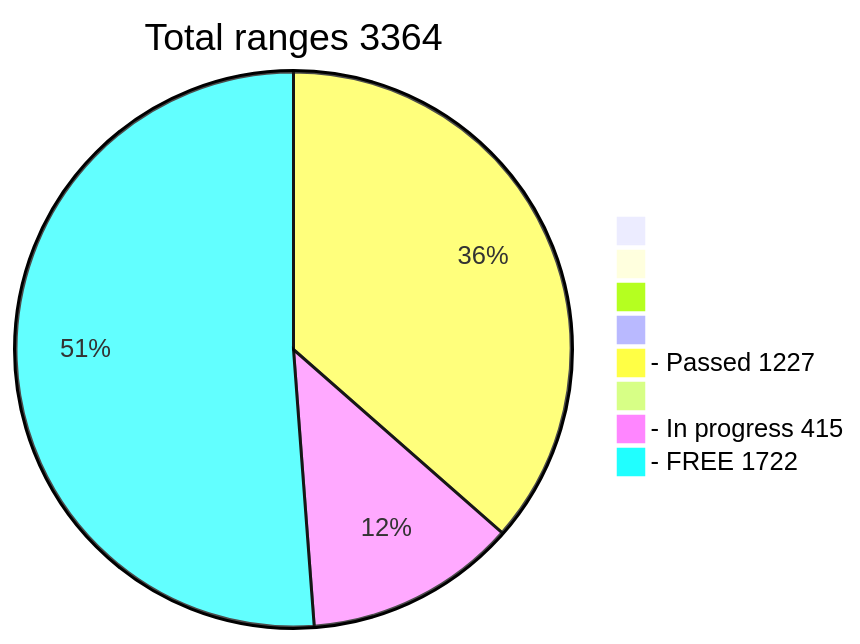
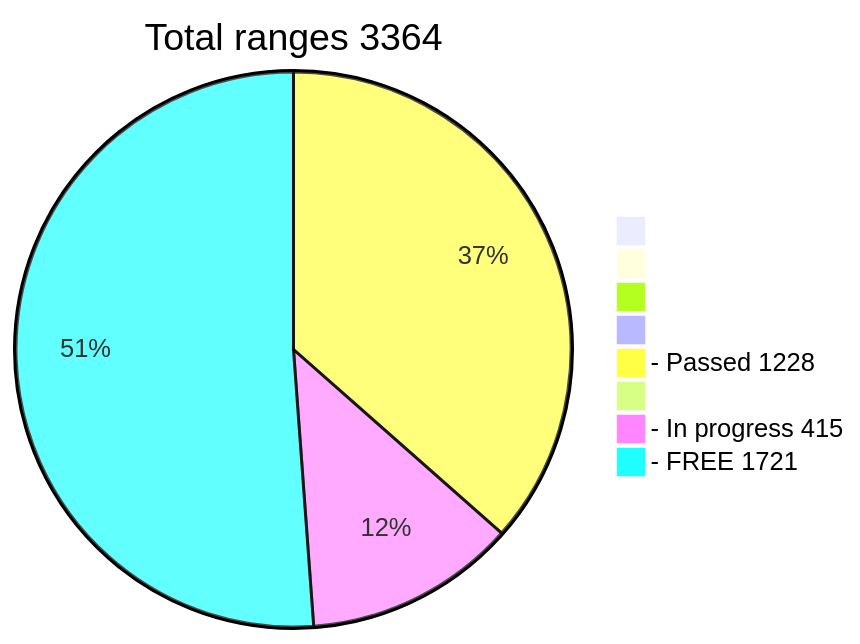
Before and after one commit to phrutis/wif500: the diagram in README.md, drawn with Mermaid.

````diff
--- a/README.md
+++ b/README.md
@@ -16,12 +16,12 @@
 ```mermaid
 pie title Total ranges 3364
              " " : 0
             "  " : 0
            "   " : 0
           "    " : 0
-  "- Passed 1227" : 1227
+  "- Passed 1228" : 1228
          "     " : 0
   "- In progress 415" : 415
-   "- FREE 1722" : 1722
+   "- FREE 1721" : 1721
    
 ```
````
